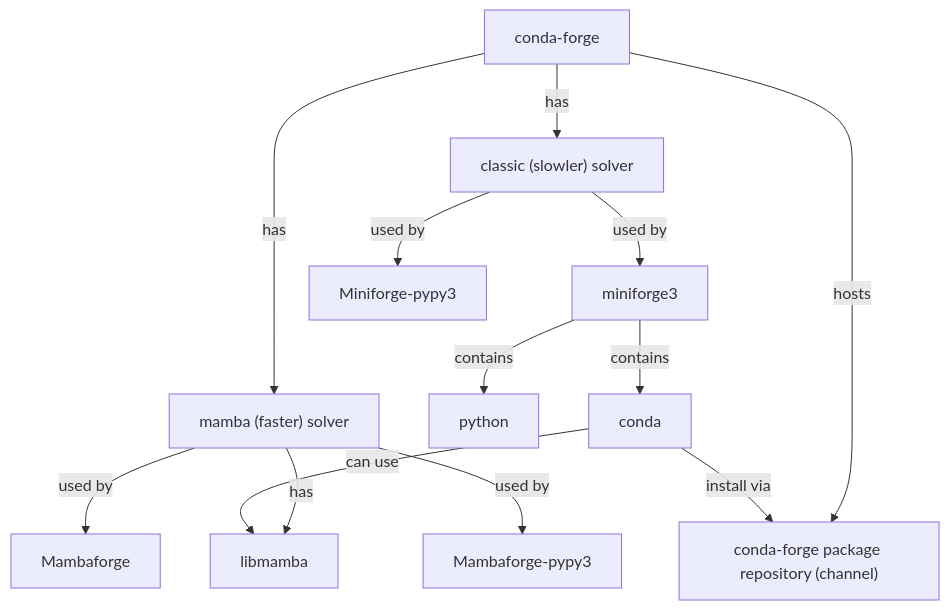
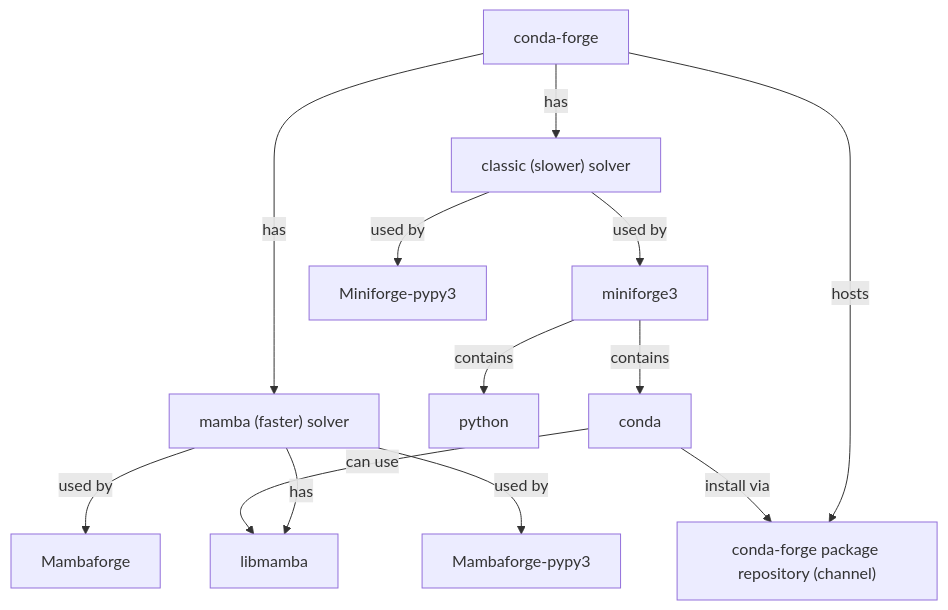
The third of 4 diagrams in 690-concept_maps.qmd (chendaniely/python_setup), drawn with Mermaid before and after one commit. The commit also changed other lines of this file and 11 other files, not shown here.

````diff
--- a/690-concept_maps.qmd
+++ b/690-concept_maps.qmd
@@ -59,22 +59,22 @@
 ```{mermaid}
 %%| echo: false
 
 flowchart
-    I["conda-forge"] -- has --> P["classic (slowler) solver"]
+    I["conda-forge"] -- has --> P["classic (slower) solver"]
     I["conda-forge"] -- has --> Q["mamba (faster) solver"]
 
     P -- used by --> J[miniforge3]
     P -- used by --> K[Miniforge-pypy3]
     Q -- used by --> L[Mambaforge]
     Q -- used by --> M[Mambaforge-pypy3]
 
     J -- contains --> C1["`python`"]
     J -- contains --> D1["`conda`"]
 
     Q -- has --> R["`libmamba`"]
     D1 -- can use --> R
-    
+
     I -- hosts --> O["conda-forge package repository (channel)"]
 
     D1 -- install via --> O
 ```
````
